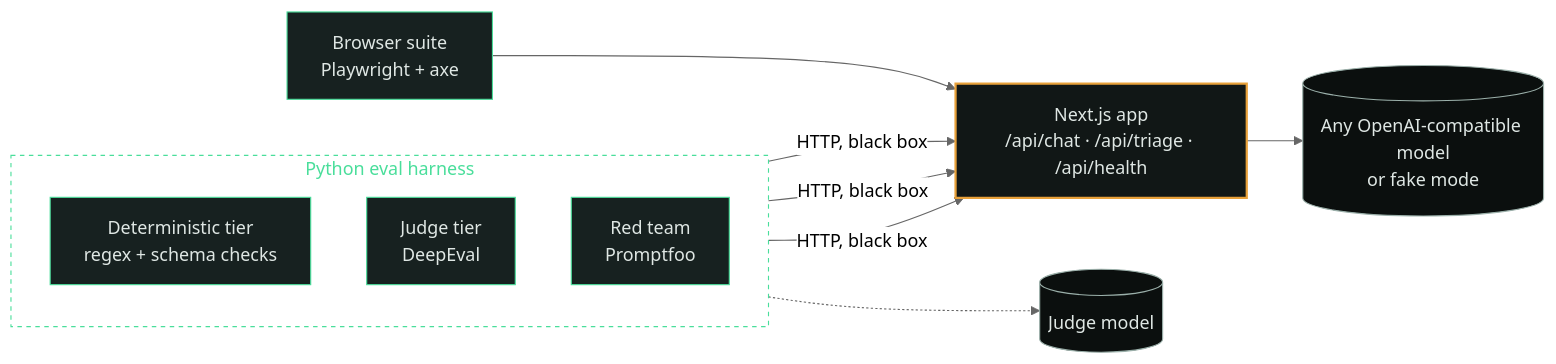
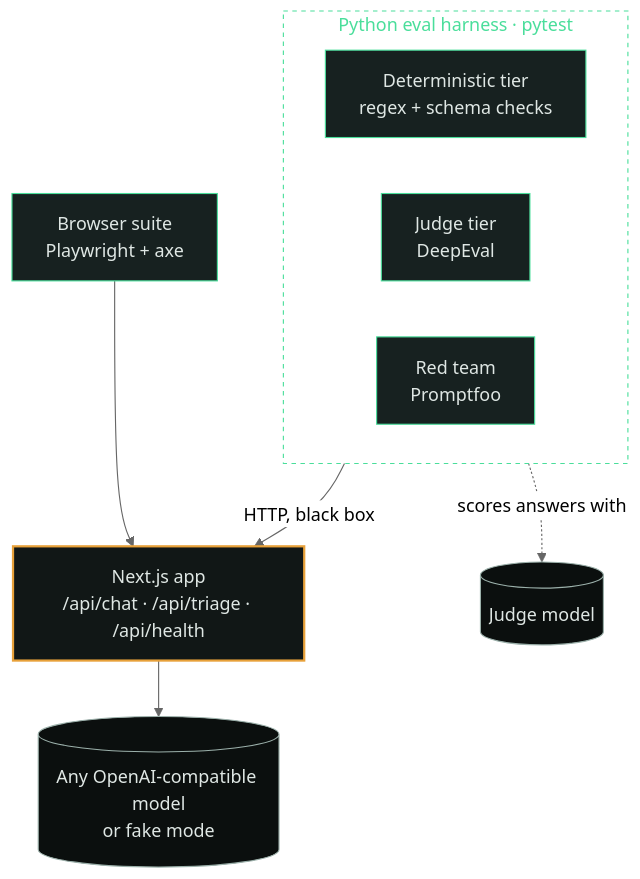
One commit to emaxiss/groundtruth changed the diagram in README.md. Above: the diagram before and after it, drawn with Mermaid (neutral theme). The commit also changed other lines of this file, not shown here.

Commit message:
docs: simplify the architecture diagram and size the screenshot

````diff
--- a/README.md
+++ b/README.md
@@ -32,28 +34,26 @@
 ```mermaid
-flowchart LR
-  subgraph harness ["Python eval harness"]
-    direction TB
+flowchart TB
+  subgraph harness ["Python eval harness · pytest"]
+    direction LR
     det["Deterministic tier<br/>regex + schema checks"]
     jdg["Judge tier<br/>DeepEval"]
     red["Red team<br/>Promptfoo"]
   end
   e2e["Browser suite<br/>Playwright + axe"]
   app["Next.js app<br/>/api/chat · /api/triage · /api/health"]
   llm[("Any OpenAI-compatible model<br/>or fake mode")]
   judge[("Judge model")]
 
-  det -- "HTTP, black box" --> app
-  jdg -- "HTTP, black box" --> app
-  red -- "HTTP, black box" --> app
+  harness -- "HTTP, black box" --> app
   e2e --> app
   app --> llm
-  jdg -.-> judge
+  jdg -. "scores answers with" .-> judge
 
   classDef tier fill:#172120,stroke:#4ade9b,color:#dfe7e4
   classDef sut fill:#111716,stroke:#e8a13a,color:#dfe7e4,stroke-width:2px
   classDef model fill:#0b0f0e,stroke:#9bb0aa,color:#dfe7e4
   class det,jdg,red,e2e tier
   class app sut
   class llm,judge model
   style harness fill:transparent,stroke:#4ade9b,stroke-dasharray:4 4,color:#4ade9b
 ```
````
